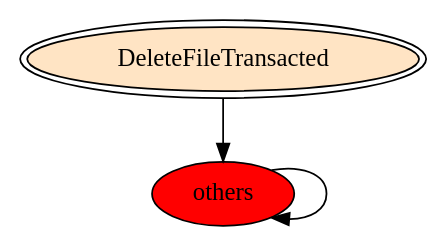
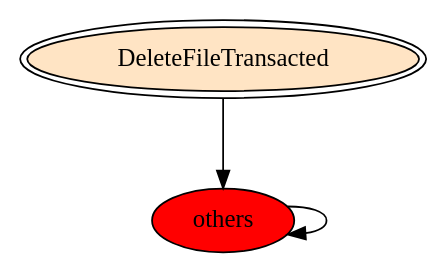
One commit to reverseame/windows-behavior-catalog changed the diagram in [OC0001] Filesystem/[C0047] Delete File/[C0047.002X] DeleteFileTransacted/gv/DeleteFileTransacted.exe_6028_Files and I_O (Local file system)_API_per_Category_Transition_Matrix.gv. Above: the diagram before and after it, drawn with Graphviz. The commit also changed 220 other files, not shown here.

```diff
--- a/[OC0001] Filesystem/[C0047] Delete File/[C0047.002X] DeleteFileTransacted/gv/DeleteFileTransacted.exe_6028_Files and I_O (Local file system)_API_per_Category_Transition_Matrix.gv
+++ b/[OC0001] Filesystem/[C0047] Delete File/[C0047.002X] DeleteFileTransacted/gv/DeleteFileTransacted.exe_6028_Files and I_O (Local file system)_API_per_Category_Transition_Matrix.gv
@@ -1,6 +1,6 @@
 digraph "./REPORTS/6766/API_PER_CATEGORY/DeleteFileTransacted.exe_6028_Files and I_O (Local file system)_API_per_Category_Transition_Matrix" {
 	DeleteFileTransacted [label=DeleteFileTransacted fillcolor=bisque peripheries=2 style=filled]
 	others [label=others fillcolor=red style=filled]
-	DeleteFileTransacted -> others [label=""]
-	others -> others [label=""]
+	DeleteFileTransacted -> others [label=1.0 fontcolor=white]
+	others -> others [label=1.0 fontcolor=white]
 }
```
